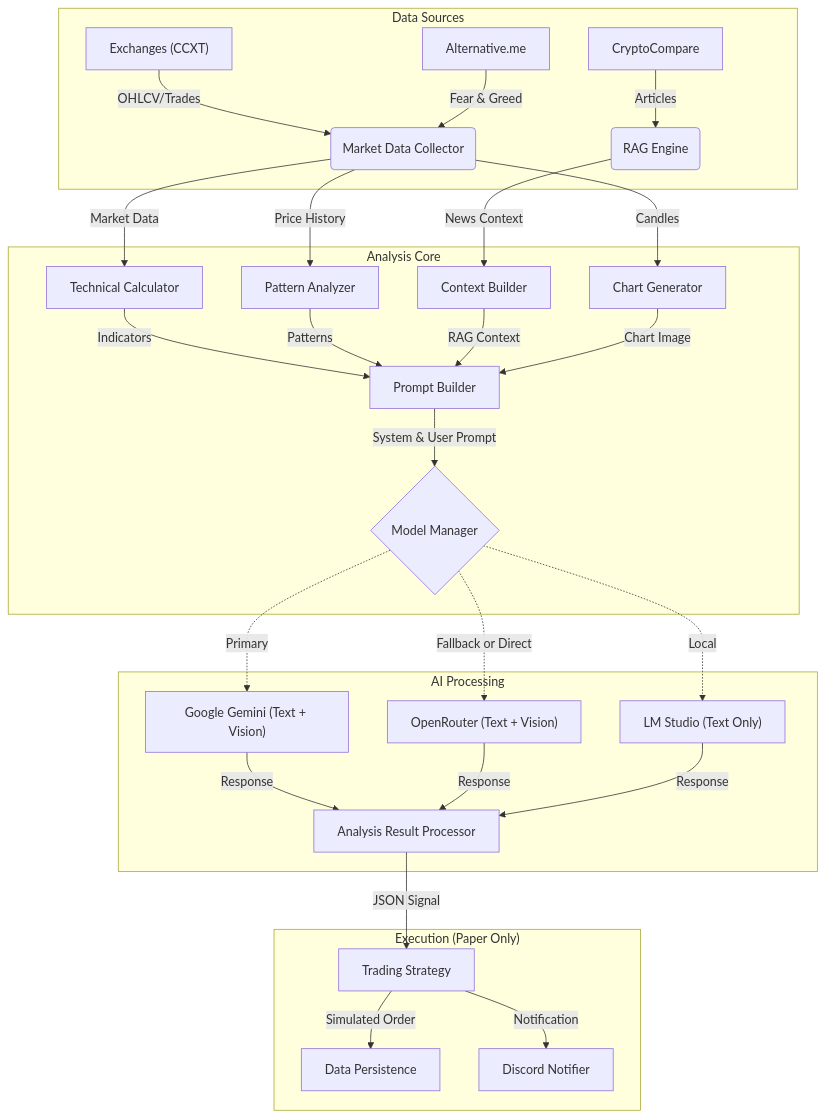
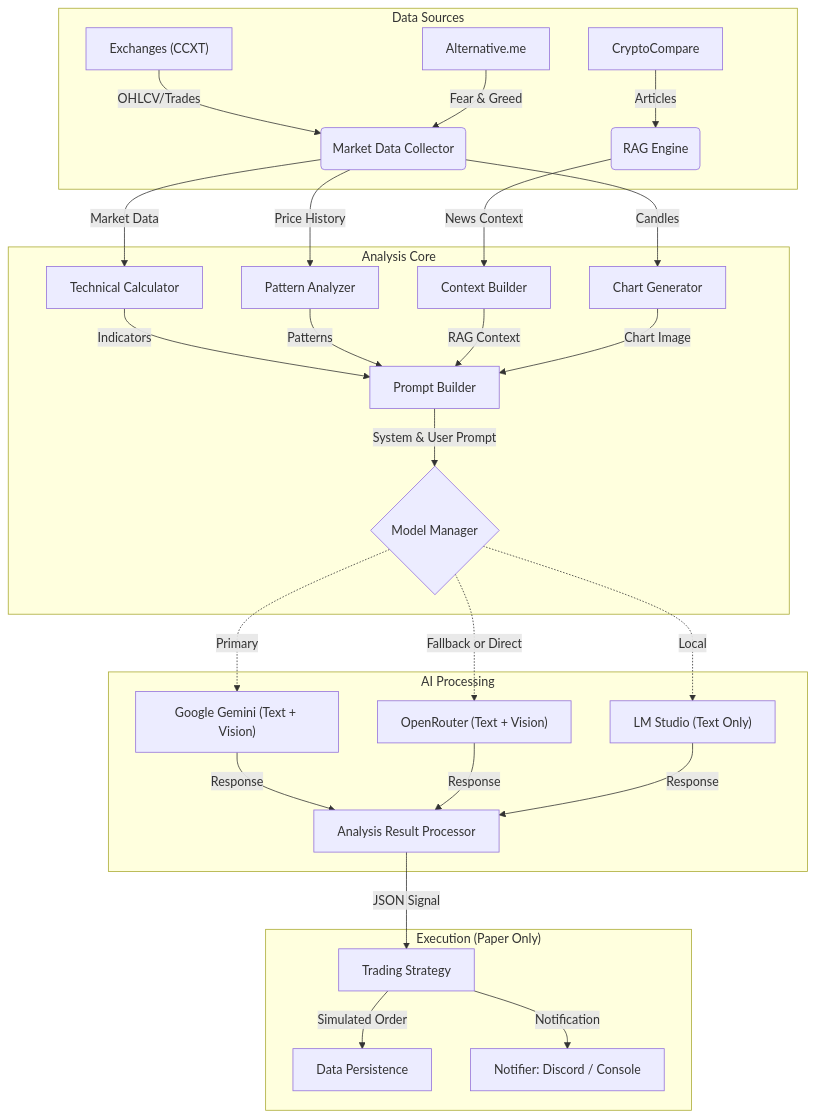
One commit to qrak/LLM_trader changed the diagram in README.md. Above: the diagram before and after it, drawn with Mermaid. The commit also changed 1 other file, not shown here.

Commit message:
docs: add new image and clarify notifier component in architecture diagram within README.

````diff
--- a/README.md
+++ b/README.md
@@ -14,41 +14,41 @@
 ```mermaid
 graph TD
     subgraph Data Sources
         Ex["Exchanges (CCXT)"] --> |OHLCV/Trades| DC(Market Data Collector)
         News[CryptoCompare] --> |Articles| RAG(RAG Engine)
         Sent[Alternative.me] --> |Fear & Greed| DC
     end
 
     subgraph Analysis Core
         DC --> |Market Data| TC[Technical Calculator]
         DC --> |Price History| PA[Pattern Analyzer]
         DC --> |Candles| CG[Chart Generator]
         
         RAG --> |News Context| CB[Context Builder]
         
         %% Orchestration / Assembly
         TC --> |Indicators| PB[Prompt Builder]
         PA --> |Patterns| PB
         CB --> |RAG Context| PB
         CG --> |Chart Image| PB
         
         PB --> |System & User Prompt| MM{Model Manager}
     end
 
     subgraph AI Processing
         %% Provider Selection Logic (Sequential / Fallback)
         MM -.-> |Primary| Google["Google Gemini (Text + Vision)"]
         MM -.-> |Fallback or Direct| OR["OpenRouter (Text + Vision)"]
         MM -.-> |Local| Local["LM Studio (Text Only)"]
         
         Google --> |Response| ARP[Analysis Result Processor]
         OR --> |Response| ARP
         Local --> |Response| ARP
     end
 
     subgraph Execution ["Execution (Paper Only)"]
         ARP --> |JSON Signal| TS[Trading Strategy]
         TS --> |Simulated Order| DP[Data Persistence]
-        TS --> |Notification| DN[Discord Notifier]
+        TS --> |Notification| DN["Notifier: Discord / Console"]
     end
 ```
````
